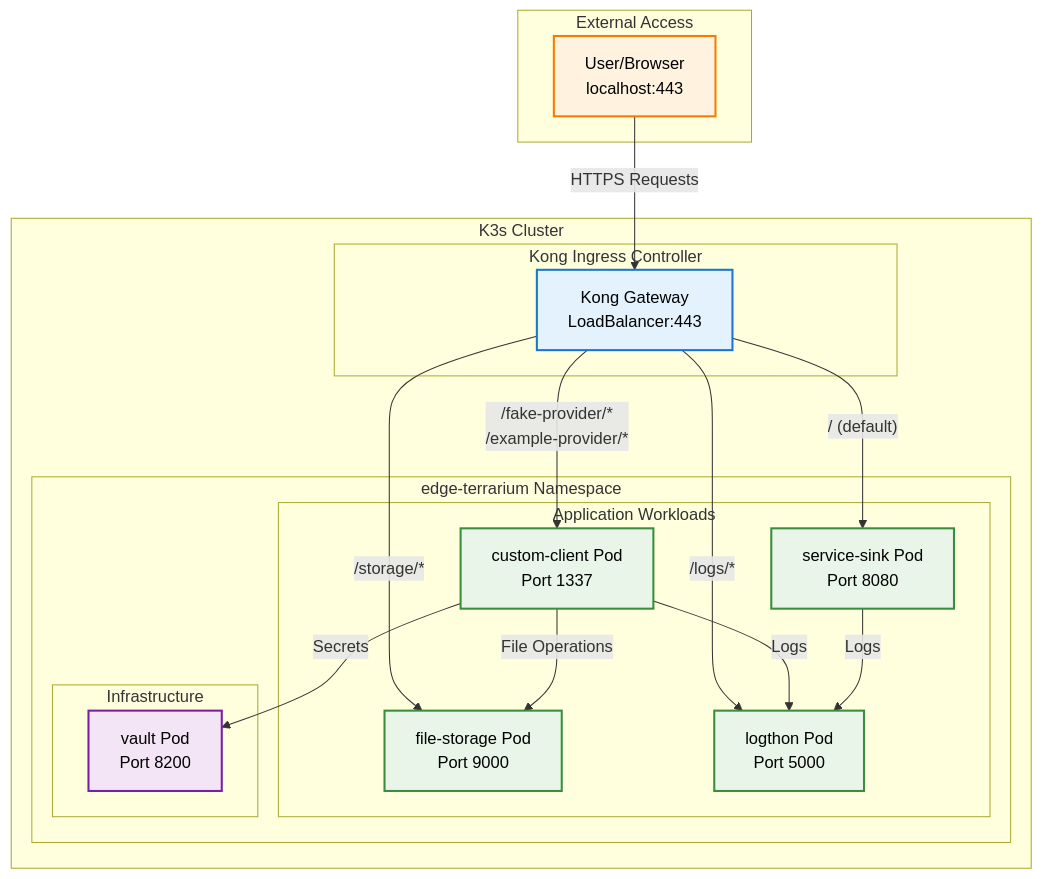
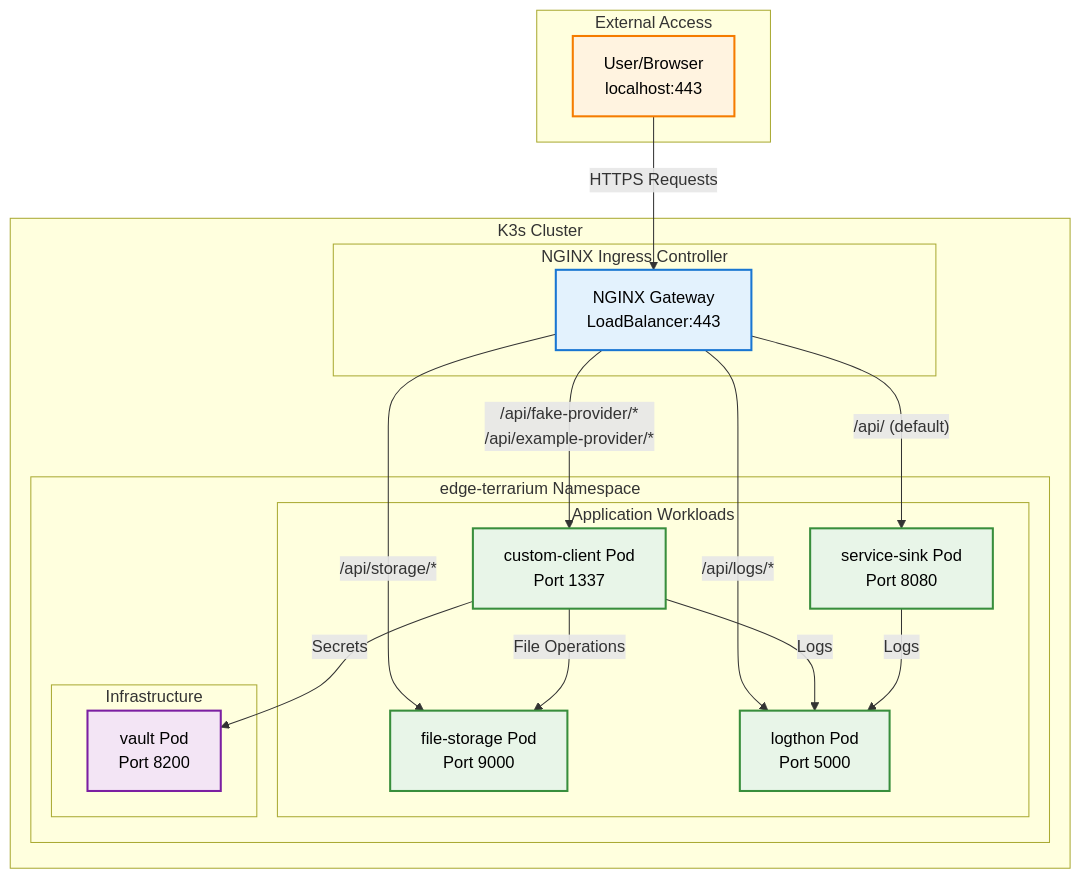
Before and after one commit to aztechead/edge-terrarium: the first of 10 diagrams in README.md, drawn with Mermaid. The commit also changed other lines of this file and 2 other files, not shown here.

````diff
--- a/README.md
+++ b/README.md
@@ -7,49 +7,49 @@
 ```mermaid
 %%{init: {'themeVariables': {'darkMode': true}}}%%
 flowchart TD
     subgraph "External Access"
         USER[User/Browser<br/>localhost:443]
     end
     
     subgraph "K3s Cluster"
-        subgraph "Kong Ingress Controller"
-            KONG[Kong Gateway<br/>LoadBalancer:443]
+        subgraph "NGINX Ingress Controller"
+            NGINX[NGINX Gateway<br/>LoadBalancer:443]
         end
         
         subgraph "edge-terrarium Namespace"
             subgraph "Application Workloads"
                 CC[custom-client Pod<br/>Port 1337]
                 SS[service-sink Pod<br/>Port 8080]
                 FS[file-storage Pod<br/>Port 9000]
                 LT[logthon Pod<br/>Port 5000]
             end
             
             subgraph "Infrastructure"
                 VAULT[vault Pod<br/>Port 8200]
             end
         end
     end
     
     %% Request routing
-    USER -->|"HTTPS Requests"| KONG
-    KONG -->|"/fake-provider/*<br/>/example-provider/*"| CC
-    KONG -->|"/storage/*"| FS
-    KONG -->|"/logs/*"| LT
-    KONG -->|"/ (default)"| SS
+    USER -->|"HTTPS Requests"| NGINX
+    NGINX -->|"/api/fake-provider/*<br/>/api/example-provider/*"| CC
+    NGINX -->|"/api/storage/*"| FS
+    NGINX -->|"/api/logs/*"| LT
+    NGINX -->|"/api/ (default)"| SS
     
     %% Internal communication
     CC -->|"Logs"| LT
     CC -->|"File Operations"| FS
     CC -->|"Secrets"| VAULT
     SS -->|"Logs"| LT
     
     classDef external fill:#fff3e0,stroke:#f57c00,stroke-width:2px,color:#000
     classDef ingress fill:#e3f2fd,stroke:#1976d2,stroke-width:2px,color:#000
     classDef workload fill:#e8f5e8,stroke:#388e3c,stroke-width:2px,color:#000
     classDef infrastructure fill:#f3e5f5,stroke:#7b1fa2,stroke-width:2px,color:#000
     
     class USER external
-    class KONG ingress
+    class NGINX ingress
     class CC,SS,FS,LT workload
     class VAULT infrastructure
 ```
````
